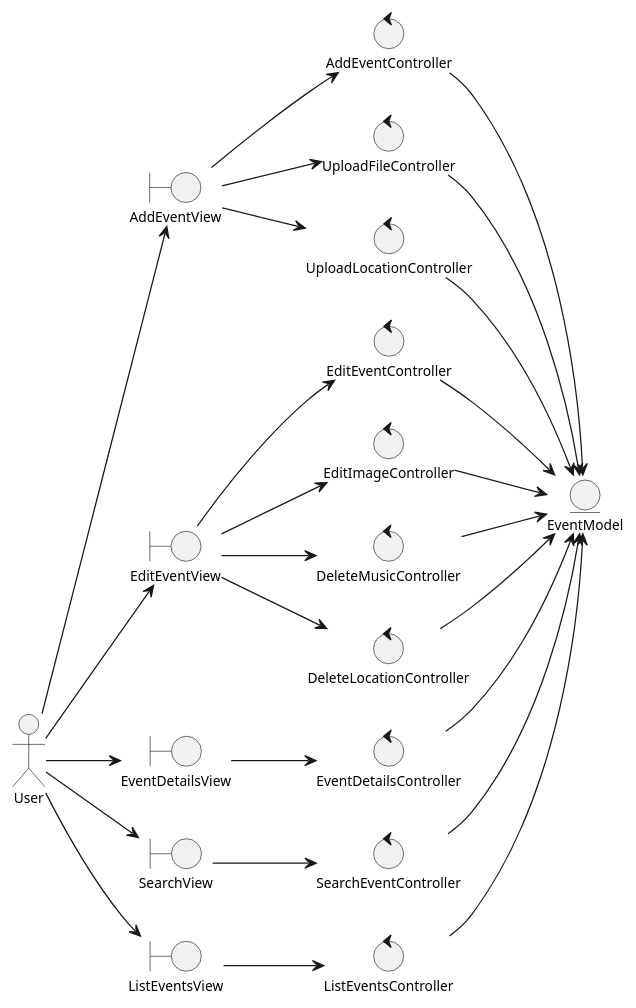
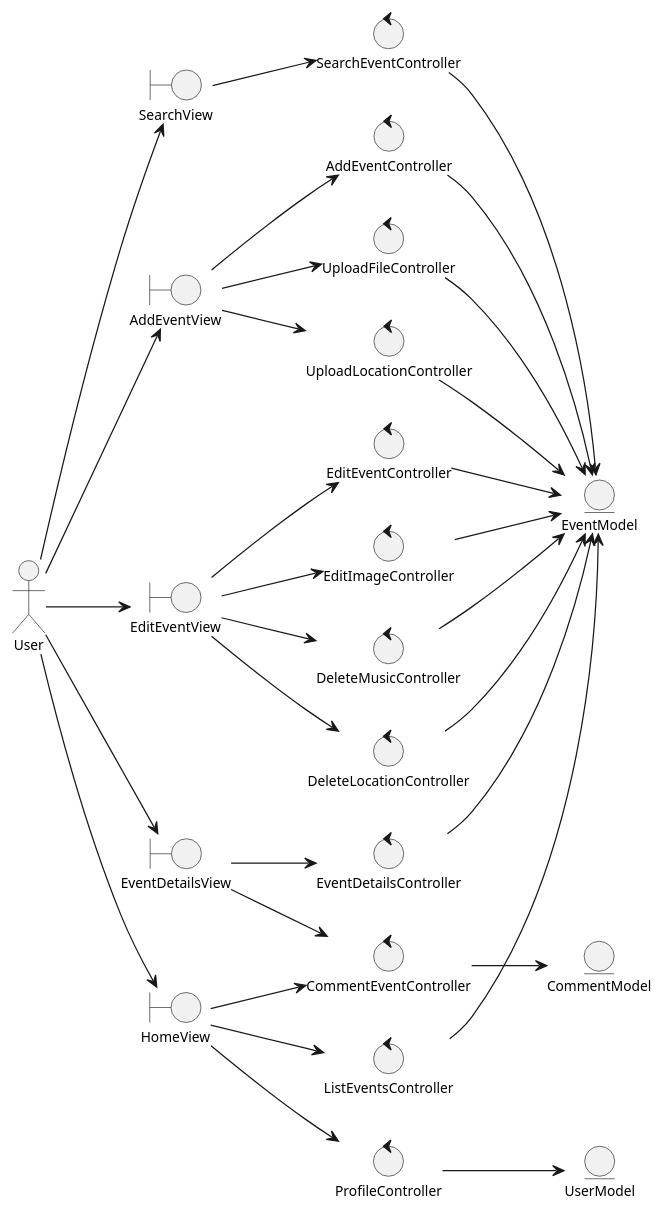
The diagram in Análisis/Clases de Análisis/analysisClassDiagramEventsManagements.plantuml (valeraruggierotesisucv/tesis-frameworks-mobile-diagrams), drawn with PlantUML before and after one commit. The commit also changed 7 other files, not shown here.

Commit message:
Refactor authentication and event management diagrams: rename views and controllers, update user interactions, and enhance class structure. Added new boundaries and controllers for improved user flow.

```diff
--- a/Análisis/Clases de Análisis/analysisClassDiagramEventsManagements.plantuml
+++ b/Análisis/Clases de Análisis/analysisClassDiagramEventsManagements.plantuml
@@ -1,56 +1,65 @@
 @startuml analysisClassDiagramEventsManagements
 skinparam style strictuml
 left to right direction
 skinparam defaultTextAlignment center
 skinparam defaultFontSize 11
 
 actor "User" as user
 
+entity "UserModel" as userModel
 entity "EventModel" as eventModel
+entity "CommentModel" as commentModel
 
 boundary "AddEventView" as addEventView
 boundary "EditEventView" as editEventView
 boundary "EventDetailsView" as eventDetailsView
 boundary "SearchView" as searchView
-boundary "ListEventsView" as listEventsView
+boundary "HomeView" as homeView
 
 control "AddEventController" as addEventController
 control "UploadFileController" as uploadFileController
 control "UploadLocationController" as uploadLocationController
 control "EditEventController" as editEventController
 control "EditImageController" as editImageController
 control "DeleteMusicController" as deleteMusicController
 control "DeleteLocationController" as deleteLocationController
 control "EventDetailsController" as eventDetailsController
 control "SearchEventController" as searchEventController
 control "ListEventsController" as listEventsController
+control "CommentEventController" as commentEventController
+control "ProfileController" as profileController
 
 user --> addEventView
 user --> editEventView
 user --> eventDetailsView
 user --> searchView
-user --> listEventsView
+user --> homeView
 
 addEventView --> addEventController
 addEventView --> uploadFileController
 addEventView --> uploadLocationController
 editEventView --> editEventController
 editEventView --> editImageController
 editEventView --> deleteMusicController
 editEventView --> deleteLocationController
 eventDetailsView --> eventDetailsController
+eventDetailsView --> commentEventController
 searchView --> searchEventController
-listEventsView --> listEventsController
+homeView --> listEventsController
+homeView --> profileController
+homeView --> commentEventController
 
 addEventController --> eventModel
 uploadFileController --> eventModel
 uploadLocationController --> eventModel
 editImageController --> eventModel
 deleteMusicController --> eventModel
 deleteLocationController --> eventModel
 editEventController --> eventModel
 eventDetailsController --> eventModel
 searchEventController --> eventModel
 listEventsController --> eventModel
+commentEventController --> commentModel
+profileController --> userModel
 
 @enduml
```
